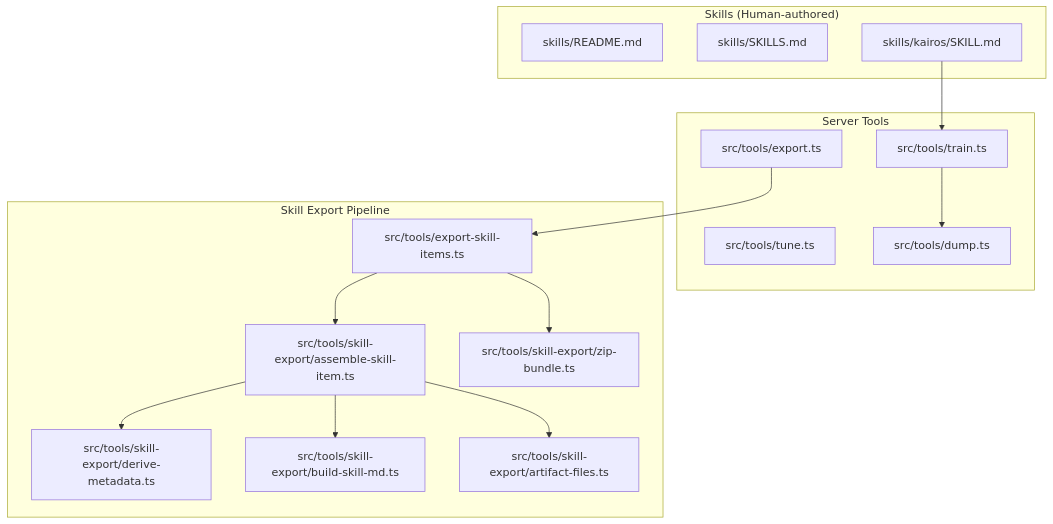
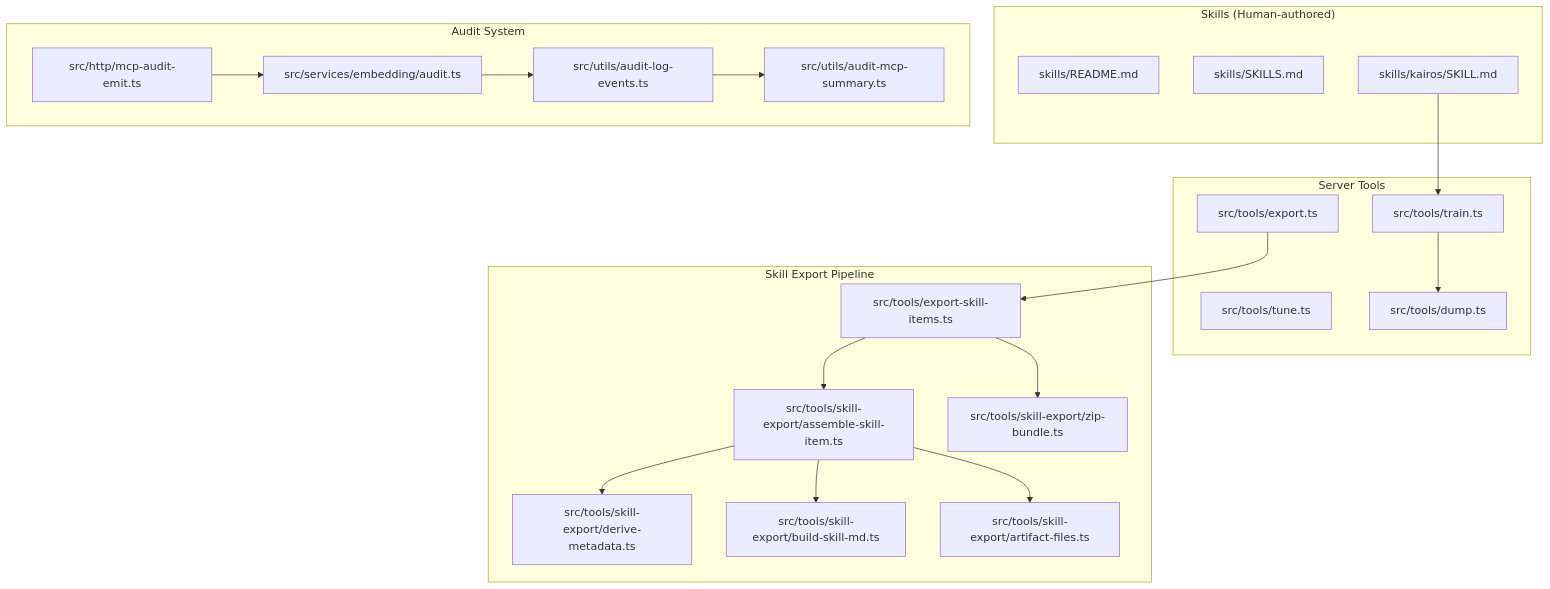
Before and after one commit to debian777/kairos-mcp: the first of 7 diagrams in .qoder/repowiki/en/content/Skills & Protocols.md, drawn with Mermaid. The commit also changed other lines of this file and 4 other files, not shown here.

````diff
--- a/.qoder/repowiki/en/content/Skills & Protocols.md
+++ b/.qoder/repowiki/en/content/Skills & Protocols.md
@@ -60,30 +64,39 @@
 ```mermaid
 graph TB
 subgraph "Skills (Human-authored)"
 S1["skills/README.md"]
 S2["skills/SKILLS.md"]
 S3["skills/kairos/SKILL.md"]
 end
 subgraph "Server Tools"
 T1["src/tools/train.ts"]
 T2["src/tools/tune.ts"]
 T3["src/tools/export.ts"]
 T4["src/tools/dump.ts"]
 end
 subgraph "Skill Export Pipeline"
 E1["src/tools/export-skill-items.ts"]
 E2["src/tools/skill-export/assemble-skill-item.ts"]
 E3["src/tools/skill-export/derive-metadata.ts"]
 E4["src/tools/skill-export/build-skill-md.ts"]
 E5["src/tools/skill-export/artifact-files.ts"]
 E6["src/tools/skill-export/zip-bundle.ts"]
 end
+subgraph "Audit System"
+A1["src/http/mcp-audit-emit.ts"]
+A2["src/services/embedding/audit.ts"]
+A3["src/utils/audit-log-events.ts"]
+A4["src/utils/audit-mcp-summary.ts"]
+end
 S3 --> T1
 T1 --> T4
 T3 --> E1
 E1 --> E2
 E2 --> E3
 E2 --> E4
 E2 --> E5
 E1 --> E6
+A1 --> A2
+A2 --> A3
+A3 --> A4
 ```
````
